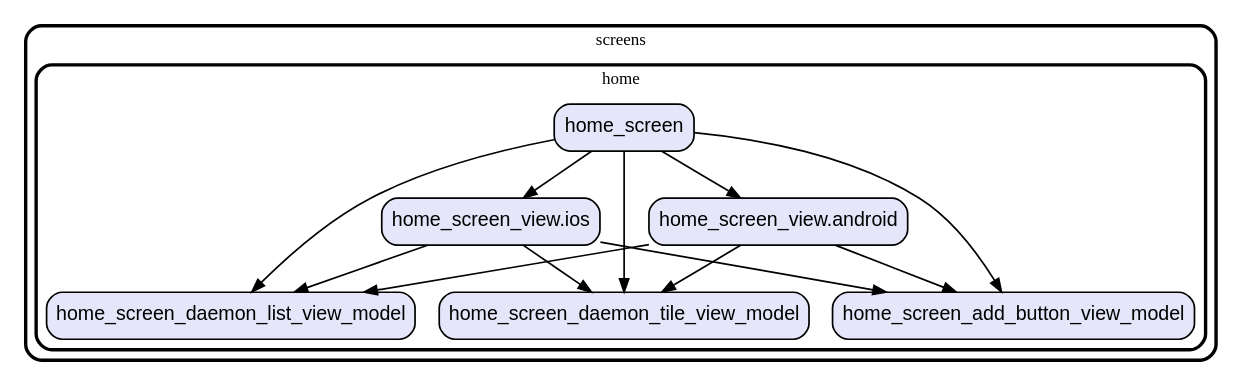
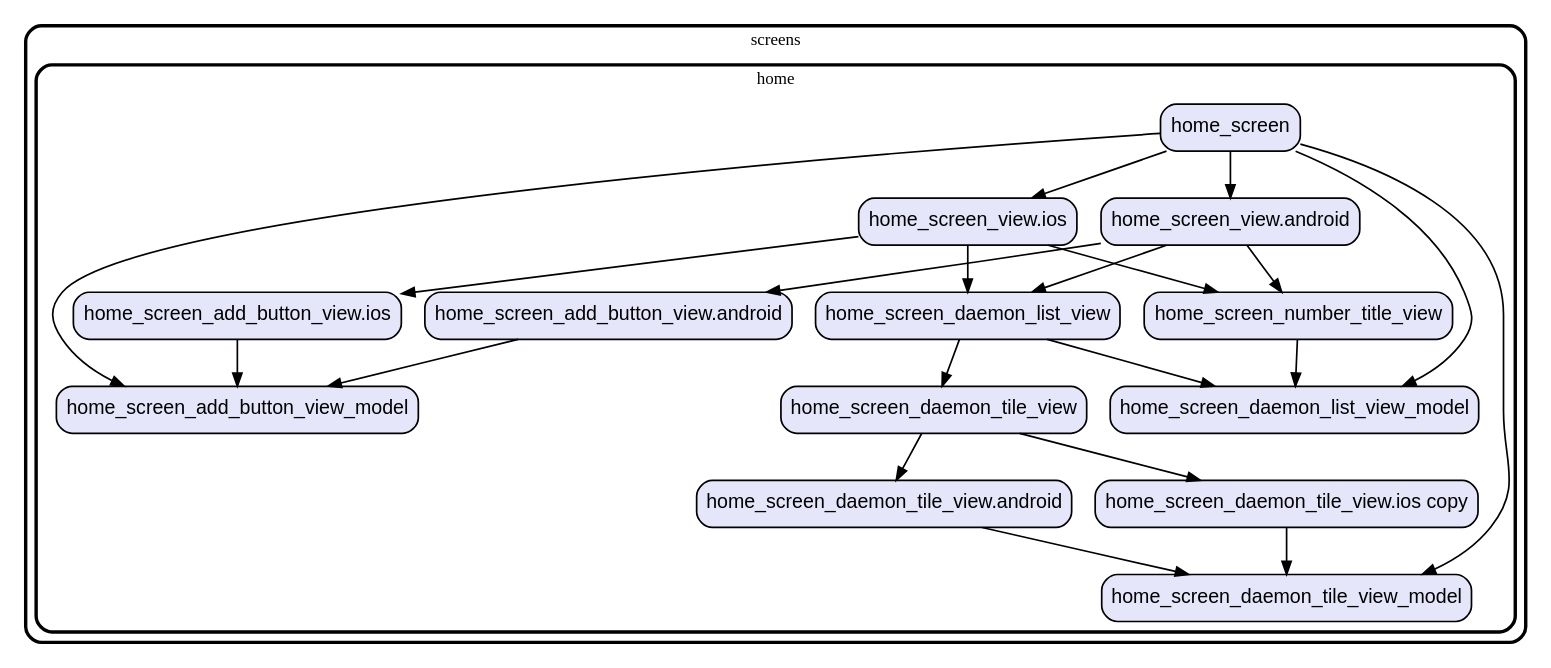
One commit to gev/reacthome-mobile changed the diagram in graph/lib/ui/screens.dot. Above: the diagram before and after it, drawn with Graphviz. The commit also changed 3 other files, not shown here.

Commit message:
update the dependencies graph

```diff
--- a/graph/lib/ui/screens.dot
+++ b/graph/lib/ui/screens.dot
@@ -1,34 +1,57 @@
 digraph "" {
   graph [style=rounded fontname="Arial Black" fontsize=13 penwidth=2.6];
   node [shape=rect style="filled,rounded" fontname=Arial fontsize=15 fillcolor=Lavender penwidth=1.3];
   edge [penwidth=1.3];
+  "/home/home_screen_daemon_tile_view.ios copy.dart" [label="home_screen_daemon_tile_view.ios copy"];
+  "/home/home_screen_number_title_view.dart" [label="home_screen_number_title_view"];
   "/home/home_screen_add_button_view_model.dart" [label="home_screen_add_button_view_model"];
+  "/home/home_screen_add_button_view.android.dart" [label="home_screen_add_button_view.android"];
   "/home/home_screen_view.android.dart" [label="home_screen_view.android"];
   "/home/home_screen_view.ios.dart" [label="home_screen_view.ios"];
   "/home/home_screen_daemon_tile_view_model.dart" [label="home_screen_daemon_tile_view_model"];
   "/home/home_screen_daemon_list_view_model.dart" [label="home_screen_daemon_list_view_model"];
+  "/home/home_screen_daemon_tile_view.android.dart" [label="home_screen_daemon_tile_view.android"];
+  "/home/home_screen_daemon_list_view.dart" [label="home_screen_daemon_list_view"];
   "/home/home_screen.dart" [label="home_screen"];
+  "/home/home_screen_add_button_view.ios.dart" [label="home_screen_add_button_view.ios"];
+  "/home/home_screen_daemon_tile_view.dart" [label="home_screen_daemon_tile_view"];
   subgraph "cluster~" {
     label="screens";
     subgraph "cluster~/home" {
       label="home";
+      "/home/home_screen_daemon_tile_view.ios copy.dart";
+      "/home/home_screen_number_title_view.dart";
       "/home/home_screen_add_button_view_model.dart";
+      "/home/home_screen_add_button_view.android.dart";
       "/home/home_screen_view.android.dart";
       "/home/home_screen_view.ios.dart";
       "/home/home_screen_daemon_tile_view_model.dart";
       "/home/home_screen_daemon_list_view_model.dart";
+      "/home/home_screen_daemon_tile_view.android.dart";
+      "/home/home_screen_daemon_list_view.dart";
       "/home/home_screen.dart";
+      "/home/home_screen_add_button_view.ios.dart";
+      "/home/home_screen_daemon_tile_view.dart";
     }
   }
-  "/home/home_screen_view.android.dart" -> "/home/home_screen_add_button_view_model.dart";
-  "/home/home_screen_view.android.dart" -> "/home/home_screen_daemon_tile_view_model.dart";
-  "/home/home_screen_view.android.dart" -> "/home/home_screen_daemon_list_view_model.dart";
-  "/home/home_screen_view.ios.dart" -> "/home/home_screen_add_button_view_model.dart";
-  "/home/home_screen_view.ios.dart" -> "/home/home_screen_daemon_tile_view_model.dart";
-  "/home/home_screen_view.ios.dart" -> "/home/home_screen_daemon_list_view_model.dart";
+  "/home/home_screen_daemon_tile_view.ios copy.dart" -> "/home/home_screen_daemon_tile_view_model.dart";
+  "/home/home_screen_number_title_view.dart" -> "/home/home_screen_daemon_list_view_model.dart";
+  "/home/home_screen_add_button_view.android.dart" -> "/home/home_screen_add_button_view_model.dart";
+  "/home/home_screen_view.android.dart" -> "/home/home_screen_add_button_view.android.dart";
+  "/home/home_screen_view.android.dart" -> "/home/home_screen_daemon_list_view.dart";
+  "/home/home_screen_view.android.dart" -> "/home/home_screen_number_title_view.dart";
+  "/home/home_screen_view.ios.dart" -> "/home/home_screen_add_button_view.ios.dart";
+  "/home/home_screen_view.ios.dart" -> "/home/home_screen_daemon_list_view.dart";
+  "/home/home_screen_view.ios.dart" -> "/home/home_screen_number_title_view.dart";
+  "/home/home_screen_daemon_tile_view.android.dart" -> "/home/home_screen_daemon_tile_view_model.dart";
+  "/home/home_screen_daemon_list_view.dart" -> "/home/home_screen_daemon_list_view_model.dart";
+  "/home/home_screen_daemon_list_view.dart" -> "/home/home_screen_daemon_tile_view.dart";
   "/home/home_screen.dart" -> "/home/home_screen_add_button_view_model.dart";
   "/home/home_screen.dart" -> "/home/home_screen_daemon_list_view_model.dart";
   "/home/home_screen.dart" -> "/home/home_screen_daemon_tile_view_model.dart";
   "/home/home_screen.dart" -> "/home/home_screen_view.android.dart";
   "/home/home_screen.dart" -> "/home/home_screen_view.ios.dart";
+  "/home/home_screen_add_button_view.ios.dart" -> "/home/home_screen_add_button_view_model.dart";
+  "/home/home_screen_daemon_tile_view.dart" -> "/home/home_screen_daemon_tile_view.android.dart";
+  "/home/home_screen_daemon_tile_view.dart" -> "/home/home_screen_daemon_tile_view.ios copy.dart";
 }
```
